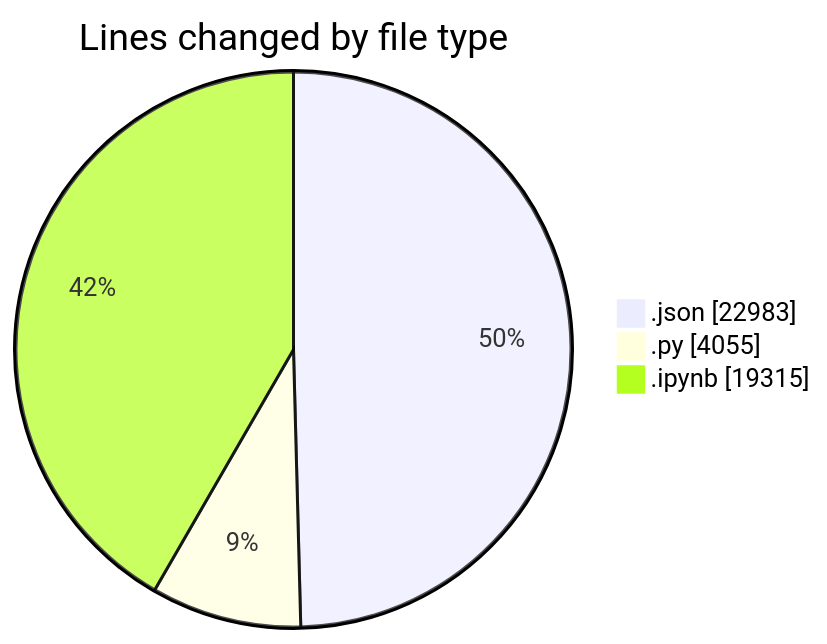
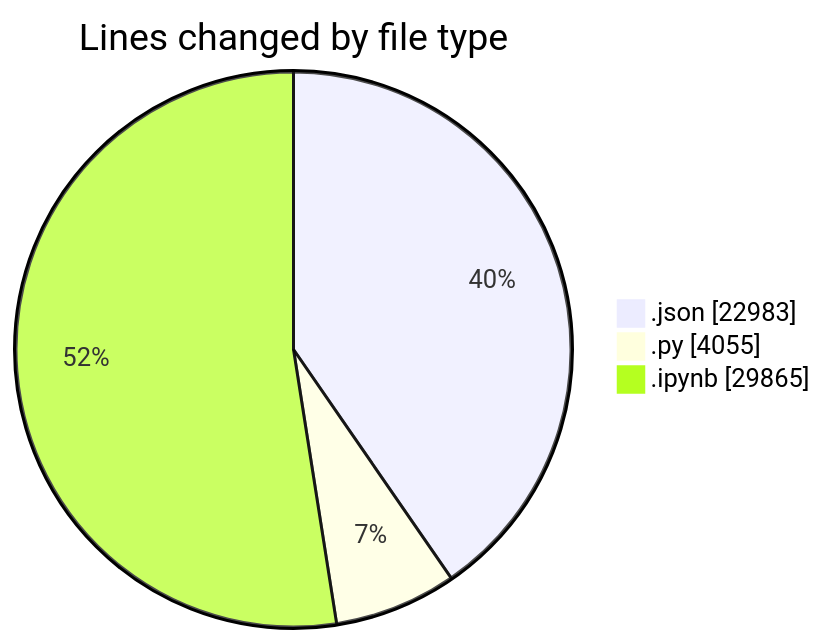
The first of 2 diagrams in 2025-10-04/untitled__workspace_/README.md (MatusMokan/code-tracking), drawn with Mermaid before and after one commit. The commit also changed other lines of this file and 1 other file, not shown here.

````diff
--- a/2025-10-04/untitled__workspace_/README.md
+++ b/2025-10-04/untitled__workspace_/README.md
@@ -35,7 +35,7 @@
 ```mermaid
 pie showData
 title Lines changed by file type
 ".json" : 22983
 ".py" : 4055
-".ipynb" : 19315
+".ipynb" : 29865
 ```
````
